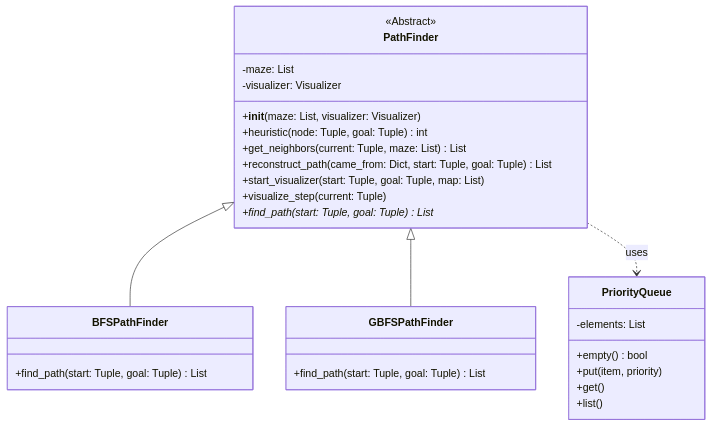
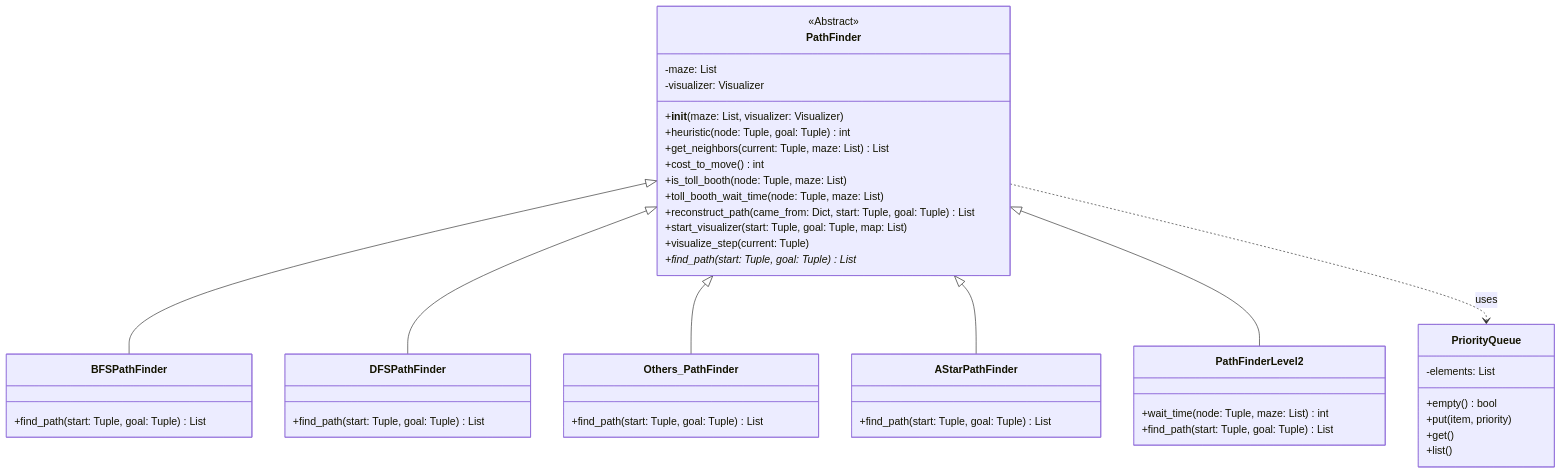
Before and after one commit to nezuni1812/ProjectAI: the diagram in PathFinder + Visualizer Class Diagrams.md, drawn with Mermaid. The commit also changed 2 other files, not shown here.

Commit message:
Update: small Visuilizer clean up

````diff
--- a/PathFinder + Visualizer Class Diagrams.md
+++ b/PathFinder + Visualizer Class Diagrams.md
@@ -1,36 +1,58 @@
 ```mermaid
 classDiagram
     class PriorityQueue {
         -elements: List
         +empty() bool
         +put(item, priority)
         +get()
         +list()
     } 
 
     class PathFinder {
         <<Abstract>>
         -maze: List
         -visualizer: Visualizer
         +__init__(maze: List, visualizer: Visualizer)
         +heuristic(node: Tuple, goal: Tuple) int
         +get_neighbors(current: Tuple, maze: List) List
+        +cost_to_move() int
+        +is_toll_booth(node: Tuple, maze: List)
+        +toll_booth_wait_time(node: Tuple, maze: List)
         +reconstruct_path(came_from: Dict, start: Tuple, goal: Tuple) List
         +start_visualizer(start: Tuple, goal: Tuple, map: List)
         +visualize_step(current: Tuple)
         +find_path(start: Tuple, goal: Tuple) List*
     }
 
     class BFSPathFinder {
         +find_path(start: Tuple, goal: Tuple) List
     }
 
-    class GBFSPathFinder {
+    class DFSPathFinder {
         +find_path(start: Tuple, goal: Tuple) List
     }
+    
+    class Others_PathFinder {
+        +find_path(start: Tuple, goal: Tuple) List
+    }
+    
 
+    class AStarPathFinder {
+        +find_path(start: Tuple, goal: Tuple) List
+    }
+    
+    class PathFinderLevel2 {
+        +wait_time(node: Tuple, maze: List) int
+        +find_path(start: Tuple, goal: Tuple) List
+    }
+    
+    
+    
     
     PathFinder <|-- BFSPathFinder
-    PathFinder <|-- GBFSPathFinder
+    PathFinder <|-- DFSPathFinder
+    PathFinder <|-- Others_PathFinder
+    PathFinder <|-- AStarPathFinder
+    PathFinder <|-- PathFinderLevel2
     PathFinder ..> PriorityQueue : uses
 ```
````
